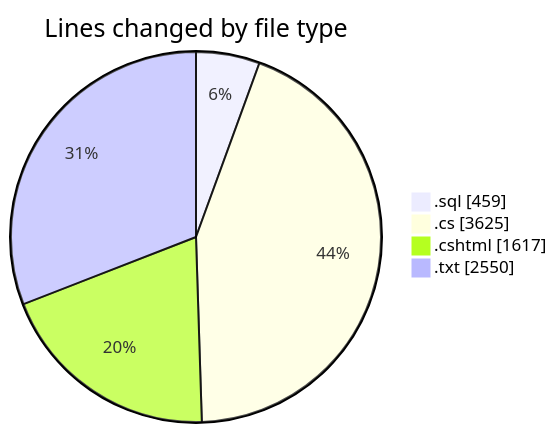
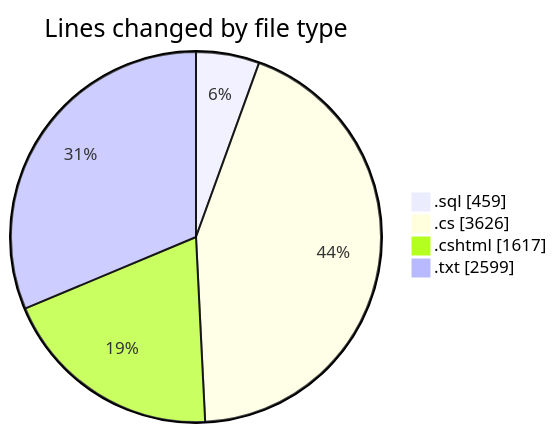
One commit to lephambinh05/code-tracking changed the first of 2 diagrams in 2025-07-23/quanlyrapchieuphim/README.md. Above: the diagram before and after it, drawn with Mermaid. The commit also changed other lines of this file and 1 other file, not shown here.

````diff
--- a/2025-07-23/quanlyrapchieuphim/README.md
+++ b/2025-07-23/quanlyrapchieuphim/README.md
@@ -33,8 +33,8 @@
 ```mermaid
 pie showData
 title Lines changed by file type
 ".sql" : 459
-".cs" : 3625
+".cs" : 3626
 ".cshtml" : 1617
-".txt" : 2550
+".txt" : 2599
 ```
````
